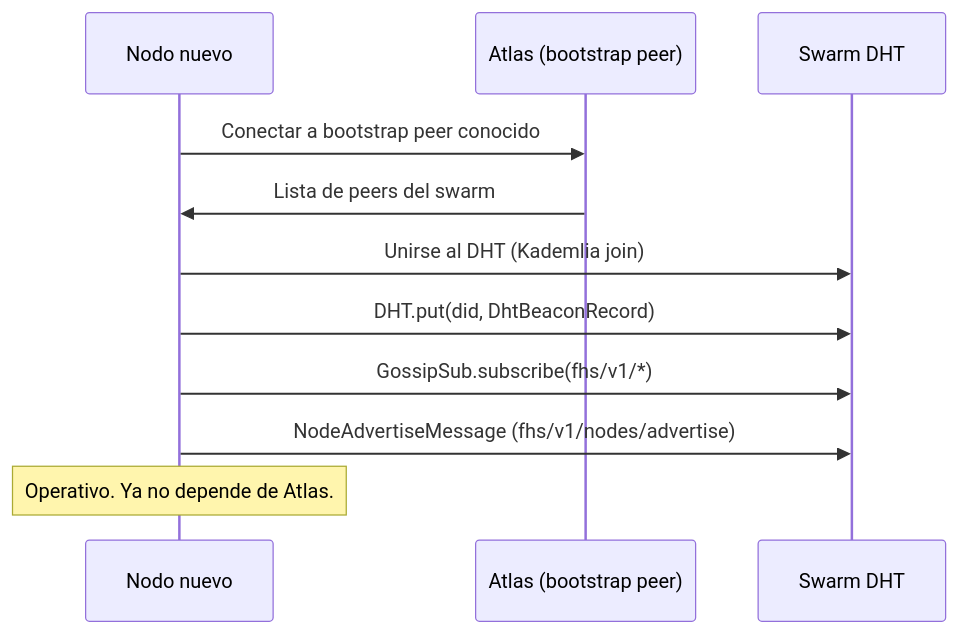
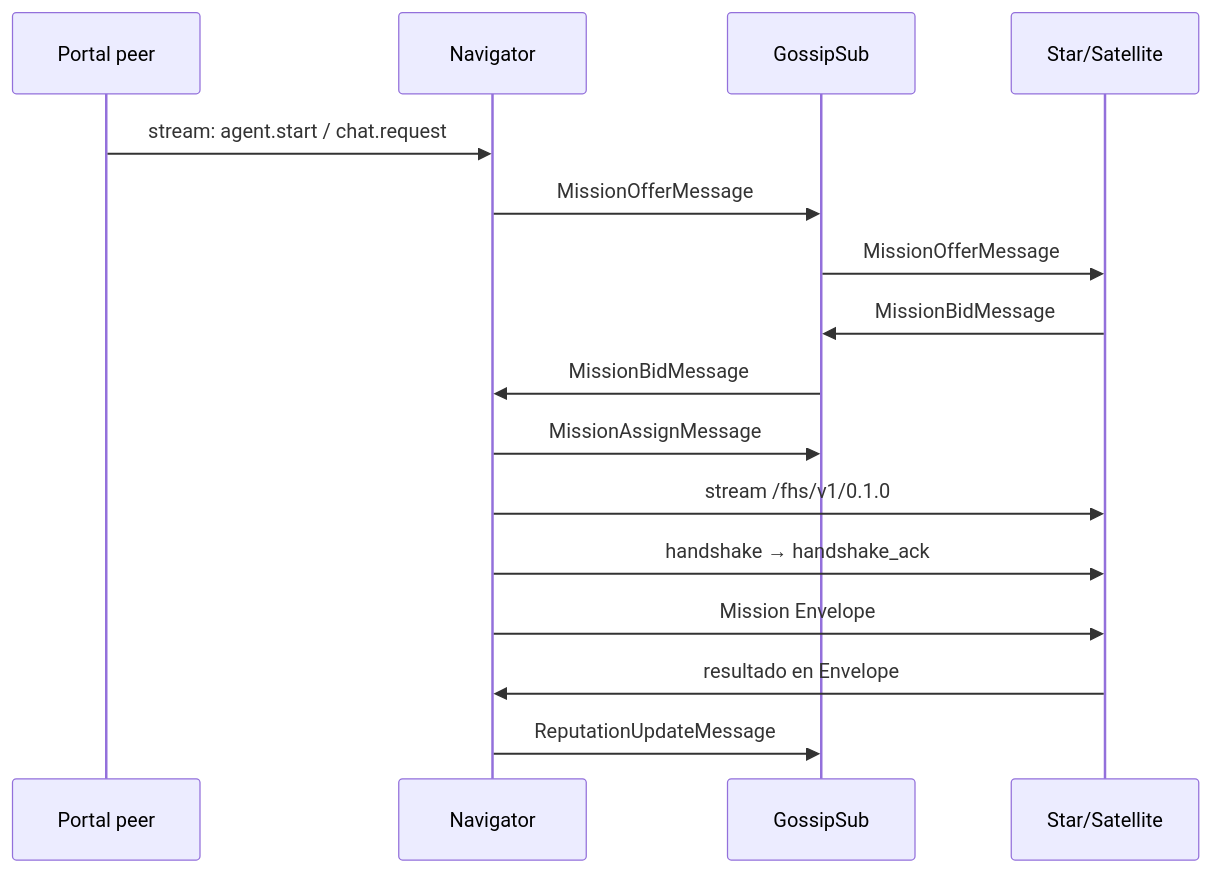
One commit to rafex/galaxIA changed the second of 2 diagrams in docs/network.md. Above: the diagram before and after it, drawn with Mermaid. The commit also changed other lines of this file and 32 other files, not shown here.

````diff
--- a/docs/network.md
+++ b/docs/network.md
@@ -222,14 +103,19 @@
 ```mermaid
 sequenceDiagram
-    participant N as Nodo nuevo
-    participant A as Atlas (bootstrap peer)
-    participant S as Swarm DHT
+    participant P as Portal peer
+    participant N as Navigator
+    participant G as GossipSub
+    participant S as Star/Satellite
 
-    N->>A: Conectar a bootstrap peer conocido
-    A->>N: Lista de peers del swarm
-    N->>S: Unirse al DHT (Kademlia join)
-    N->>S: DHT.put(did, DhtBeaconRecord)
-    N->>S: GossipSub.subscribe(fhs/v1/*)
-    N->>S: NodeAdvertiseMessage (fhs/v1/nodes/advertise)
-    Note over N: Operativo. Ya no depende de Atlas.
+    P->>N: stream: agent.start / chat.request
+    N->>G: MissionOfferMessage
+    G->>S: MissionOfferMessage
+    S->>G: MissionBidMessage
+    G->>N: MissionBidMessage
+    N->>G: MissionAssignMessage
+    N->>S: stream /fhs/v1/0.1.0
+    N->>S: handshake → handshake_ack
+    N->>S: Mission Envelope
+    S->>N: resultado en Envelope
+    N->>G: ReputationUpdateMessage
 ```
````
